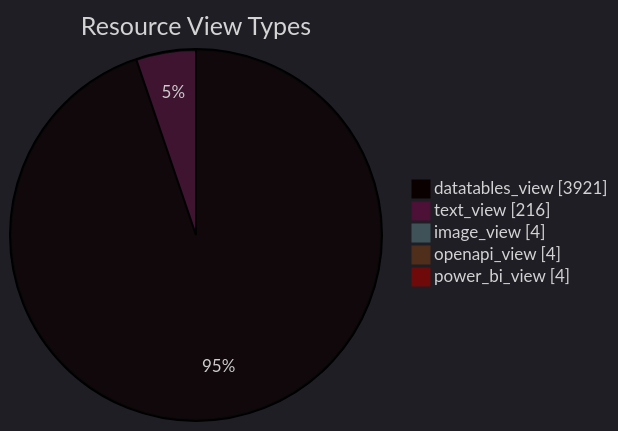
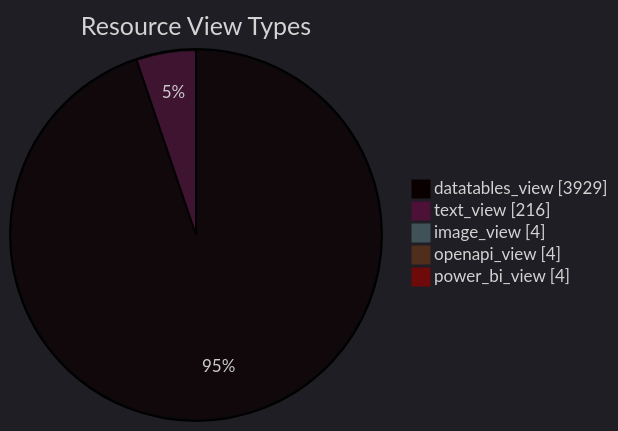
Before and after one commit to open-data/analytics-corporate-reporting: the diagram in datastore_tracker/resource_view_types_pie_chart.md, drawn with Mermaid. The commit also changed 11 other files, not shown here.

````diff
--- a/datastore_tracker/resource_view_types_pie_chart.md
+++ b/datastore_tracker/resource_view_types_pie_chart.md
@@ -2,12 +2,12 @@
 ```mermaid
 ---
 config:
   theme: dark
 ---
 pie showData title Resource View Types
-    "datatables_view": 3921
+    "datatables_view": 3929
     "text_view": 216
     "image_view": 4
     "openapi_view": 4
     "power_bi_view": 4
 ```
````
